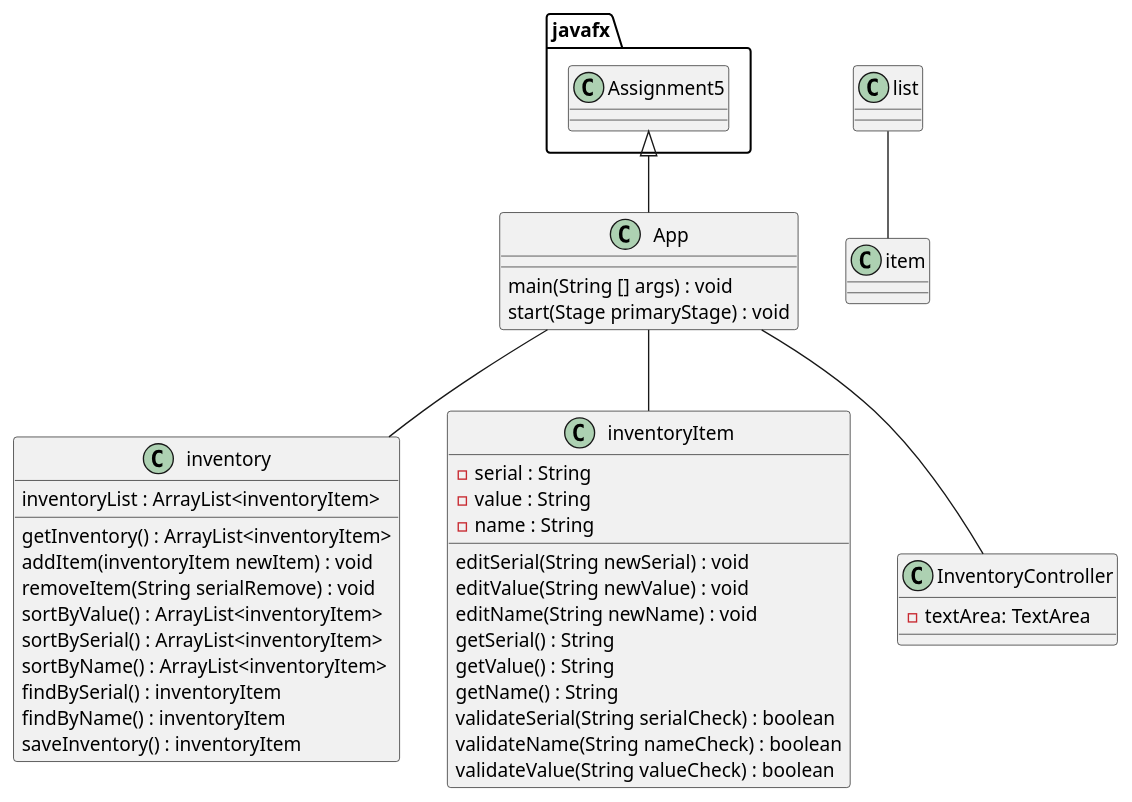
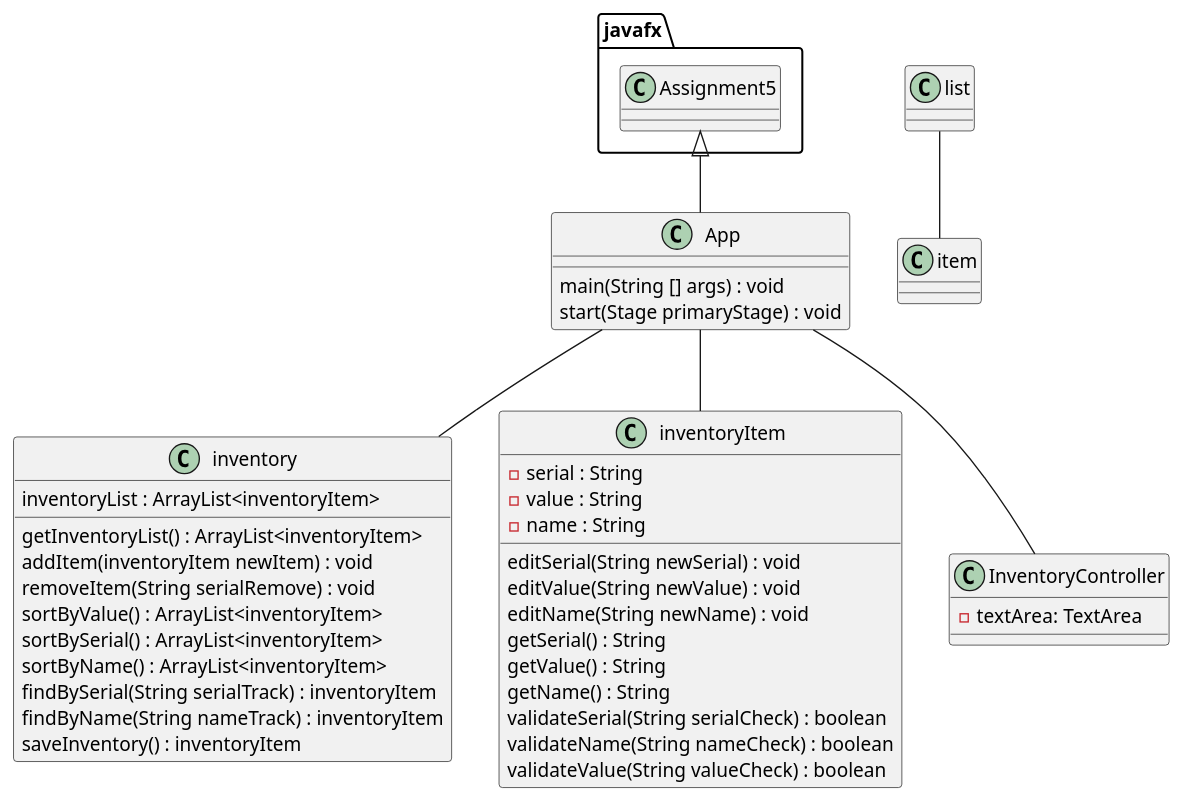
One commit to JayEspinoza/espinoza-2278-a5 changed the diagram in uml/App.puml. Above: the diagram before and after it, drawn with PlantUML. The commit also changed 3 other files, not shown here.

```diff
--- a/uml/App.puml
+++ b/uml/App.puml
@@ -1,58 +1,58 @@
 @startuml
 'https://plantuml.com/class-diagram
 
 class App
 class inventory
 class inventoryItem
 class InventoryController
 
 javafx.Assignment5 <|-- App
 
 App -- inventory
 App -- inventoryItem
 App -- InventoryController
 
 list -- item
 
 class App {
 main(String [] args) : void
 start(Stage primaryStage) : void
 }
 
 
 class inventory {
 inventoryList : ArrayList<inventoryItem>
 
-getInventory() : ArrayList<inventoryItem>
+getInventoryList() : ArrayList<inventoryItem>
 addItem(inventoryItem newItem) : void
 removeItem(String serialRemove) : void
 sortByValue() : ArrayList<inventoryItem>
 sortBySerial() : ArrayList<inventoryItem>
 sortByName() : ArrayList<inventoryItem>
-findBySerial() : inventoryItem
-findByName() : inventoryItem
+findBySerial(String serialTrack) : inventoryItem
+findByName(String nameTrack) : inventoryItem
 saveInventory() : inventoryItem
 }
 
 class inventoryItem {
 - serial : String
 - value : String
 - name : String
 
 editSerial(String newSerial) : void
 editValue(String newValue) : void
 editName(String newName) : void
 getSerial() : String
 getValue() : String
 getName() : String
 validateSerial(String serialCheck) : boolean
 validateName(String nameCheck) : boolean
 validateValue(String valueCheck) : boolean
 }
 
 class InventoryController {
 - textArea: TextArea
 
 }
 
 @enduml
```
